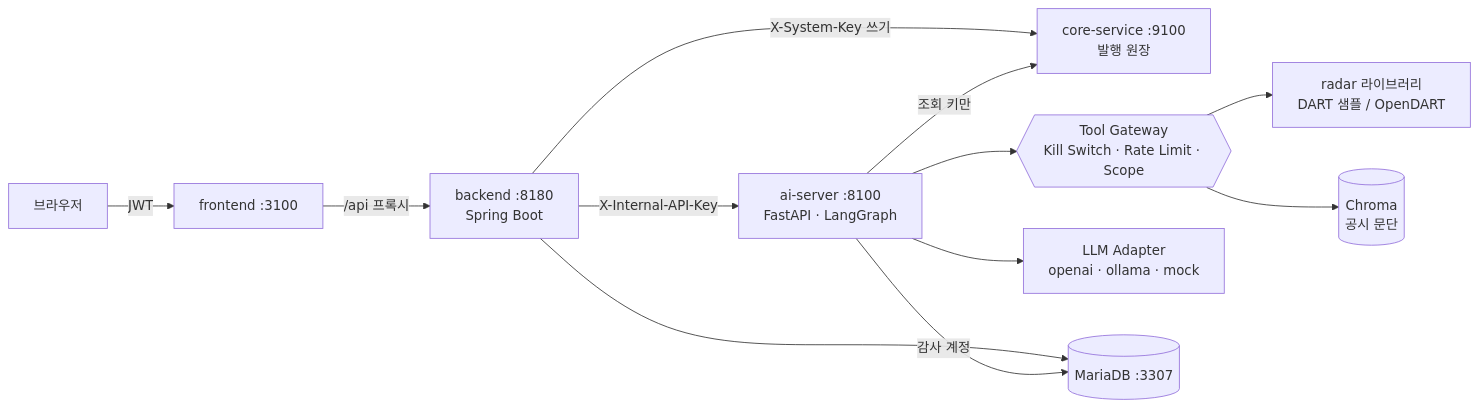
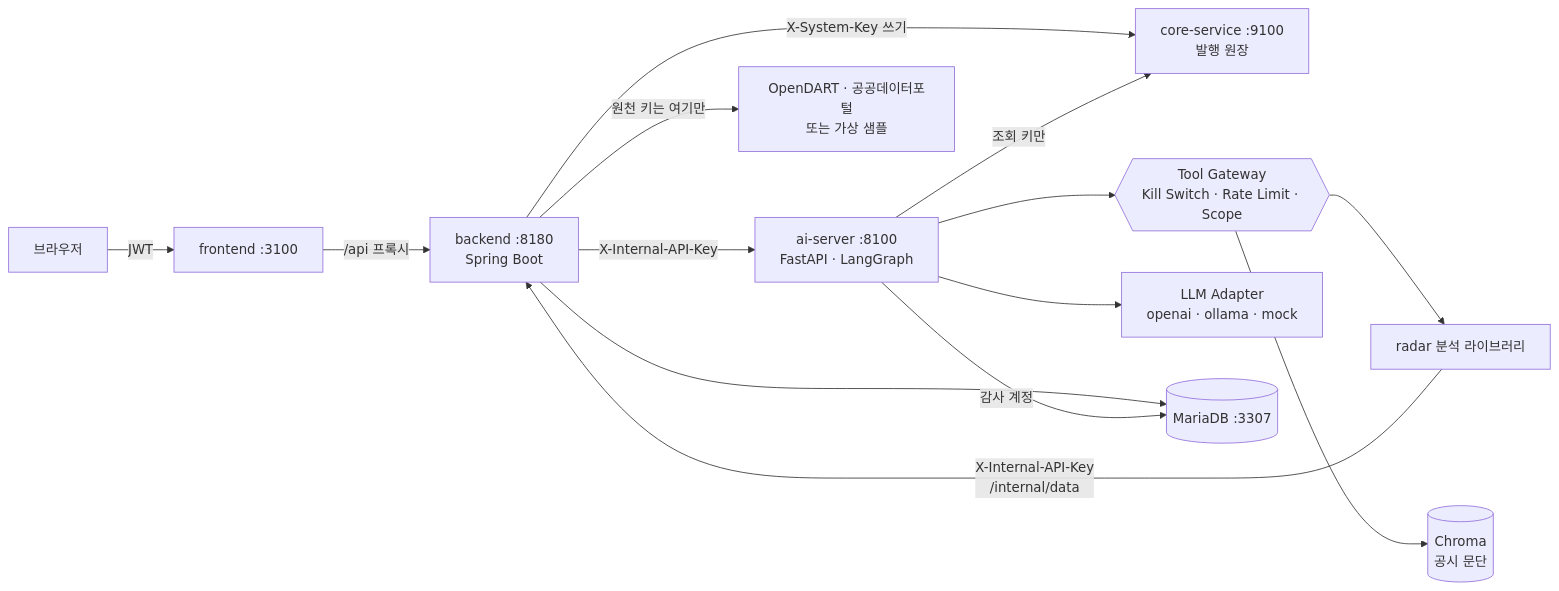
One commit to ShinhanDSProject/gongsi-radar changed the diagram in README.md. Above: the diagram before and after it, drawn with Mermaid. The commit also changed other lines of this file and 145 other files, not shown here.

````diff
--- a/README.md
+++ b/README.md
@@ -28,14 +29,16 @@
 ```mermaid
 flowchart LR
   U[브라우저] -->|JWT| FE[frontend :3100]
   FE -->|/api 프록시| BE[backend :8180<br/>Spring Boot]
   BE -->|X-Internal-API-Key| AI[ai-server :8100<br/>FastAPI · LangGraph]
   BE -->|X-System-Key 쓰기| CORE[core-service :9100<br/>발행 원장]
   AI -->|조회 키만| CORE
   AI --> TG{{Tool Gateway<br/>Kill Switch · Rate Limit · Scope}}
-  TG --> RADAR[radar 라이브러리<br/>DART 샘플 / OpenDART]
+  TG --> RADAR[radar 분석 라이브러리]
+  RADAR -->|X-Internal-API-Key<br/>/internal/data| BE
   TG --> RAG[(Chroma<br/>공시 문단)]
+  BE -->|원천 키는 여기만| SRC[OpenDART · 공공데이터포털<br/>또는 가상 샘플]
   AI --> LLM[LLM Adapter<br/>openai · ollama · mock]
   BE --> DB[(MariaDB :3307)]
   AI -->|감사 계정| DB
 ```
````
